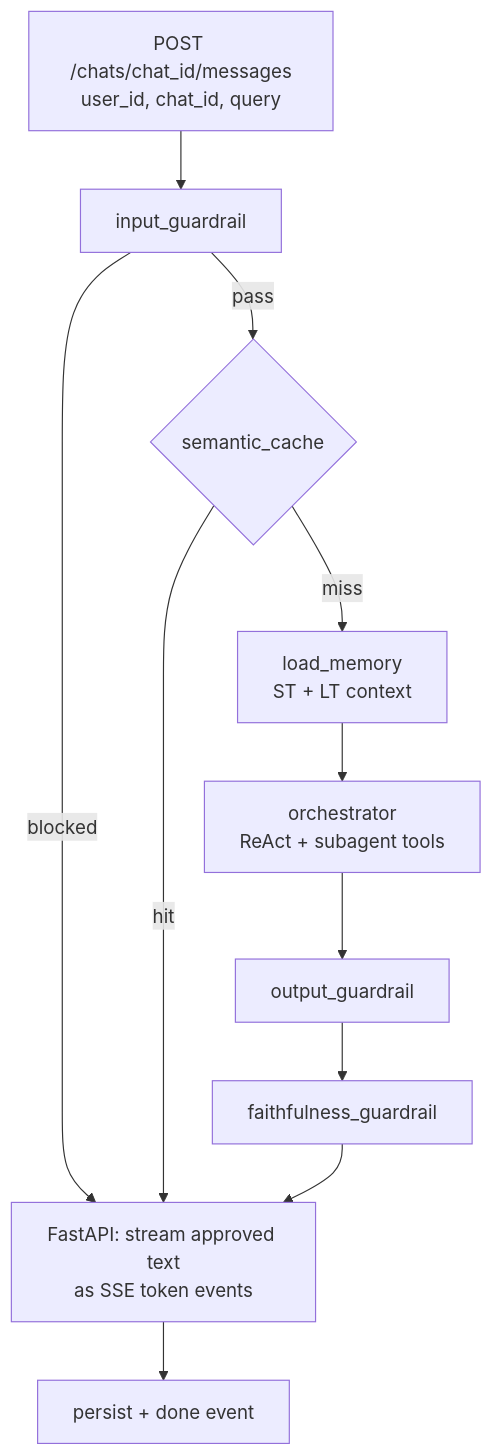
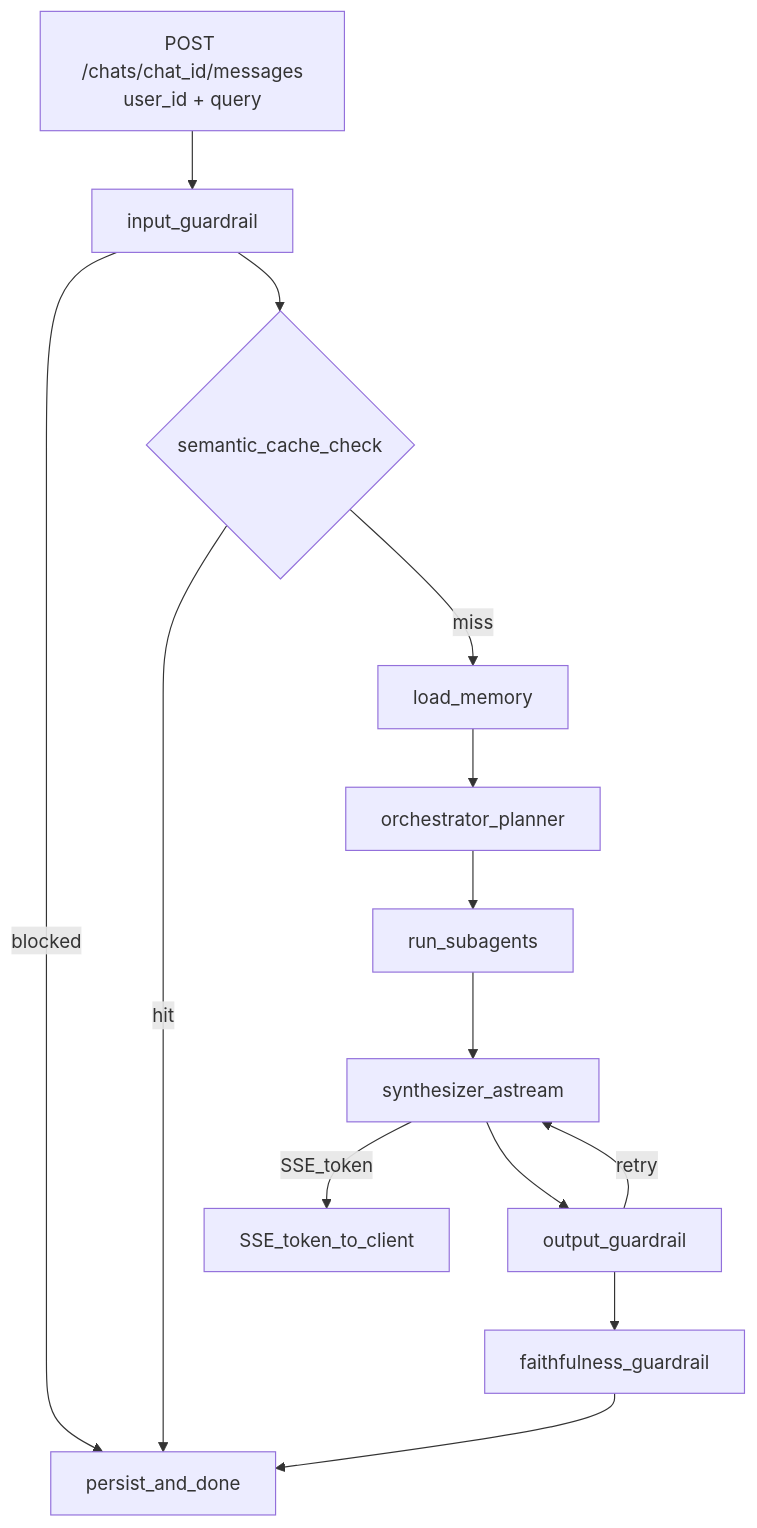
The diagram in docs/api_endpoints.md (BeketML/ZimShire), drawn with Mermaid before and after one commit. The commit also changed other lines of this file and 4 other files, not shown here.

````diff
--- a/docs/api_endpoints.md
+++ b/docs/api_endpoints.md
@@ -531,23 +697,28 @@
 ```mermaid
 flowchart TD
-    A["POST /chats/chat_id/messages\nuser_id, chat_id, query"]
-    B[input_guardrail]
-    C{semantic_cache}
-    D[load_memory\nST + LT context]
-    E["orchestrator\nReAct + subagent tools"]
-    F[output_guardrail]
-    G[faithfulness_guardrail]
-    H["FastAPI: stream approved text\nas SSE token events"]
-    I["persist + done event"]
+    postMsg["POST /chats/chat_id/messages\nuser_id + query"]
+    inputG[input_guardrail]
+    cache{semantic_cache_check}
+    mem[load_memory]
+    plan[orchestrator_planner]
+    sub[run_subagents]
+    synth[synthesizer_astream]
+    client[SSE_token_to_client]
+    outG[output_guardrail]
+    faith[faithfulness_guardrail]
+    persist[persist_and_done]
 
-    A --> B
-    B -->|blocked| H
-    B -->|pass| C
-    C -->|hit| H
-    C -->|miss| D
-    D --> E
-    E --> F
-    F --> G
-    G --> H
-    H --> I
+    postMsg --> inputG
+    inputG -->|blocked| persist
+    inputG --> cache
+    cache -->|hit| persist
+    cache -->|miss| mem
+    mem --> plan
+    plan --> sub
+    sub --> synth
+    synth -->|SSE_token| client
+    synth --> outG
+    outG -->|retry| synth
+    outG --> faith
+    faith --> persist
 ```
````
